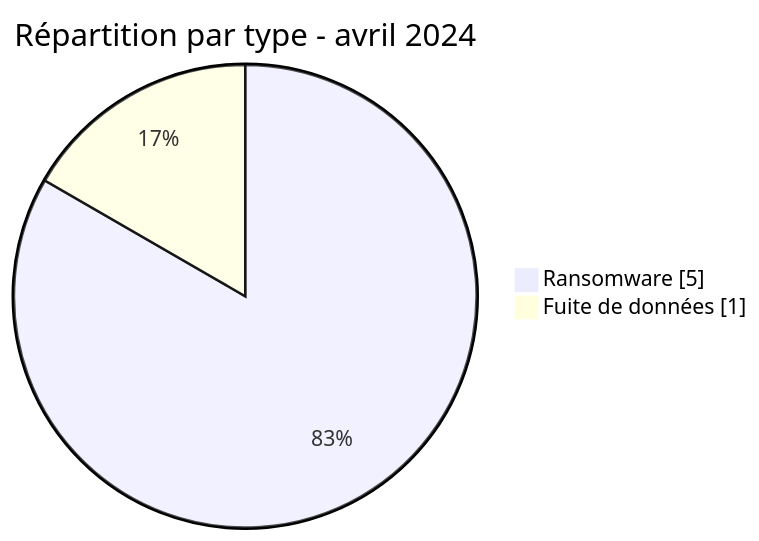
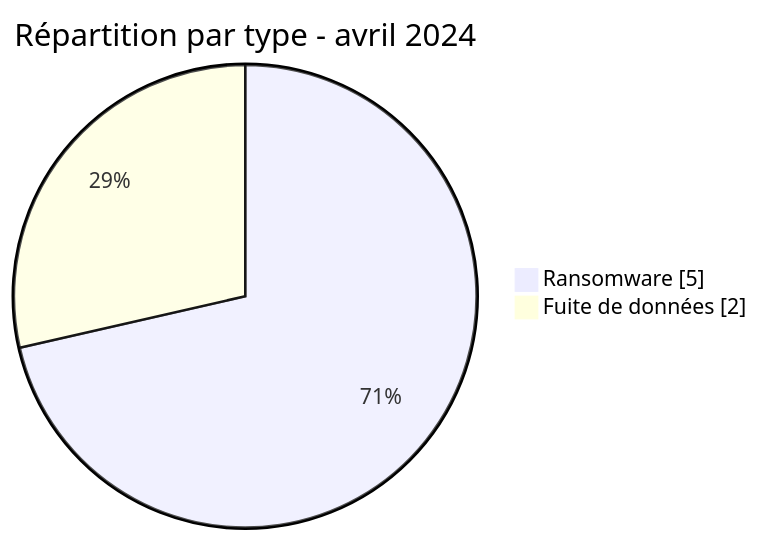
The second of 2 diagrams in CyberAttackAfrica/2024/04-april/README_FR.md (Hatchepsoute/AFRINTEL), drawn with Mermaid before and after one commit. The commit also changed other lines of this file and 48 other files, not shown here.

````diff
--- a/CyberAttackAfrica/2024/04-april/README_FR.md
+++ b/CyberAttackAfrica/2024/04-april/README_FR.md
@@ -52,6 +53,6 @@
 ```mermaid
 pie showData
     title Répartition par type - avril 2024
     "Ransomware" : 5
-    "Fuite de données" : 1
+    "Fuite de données" : 2
 ```
````
